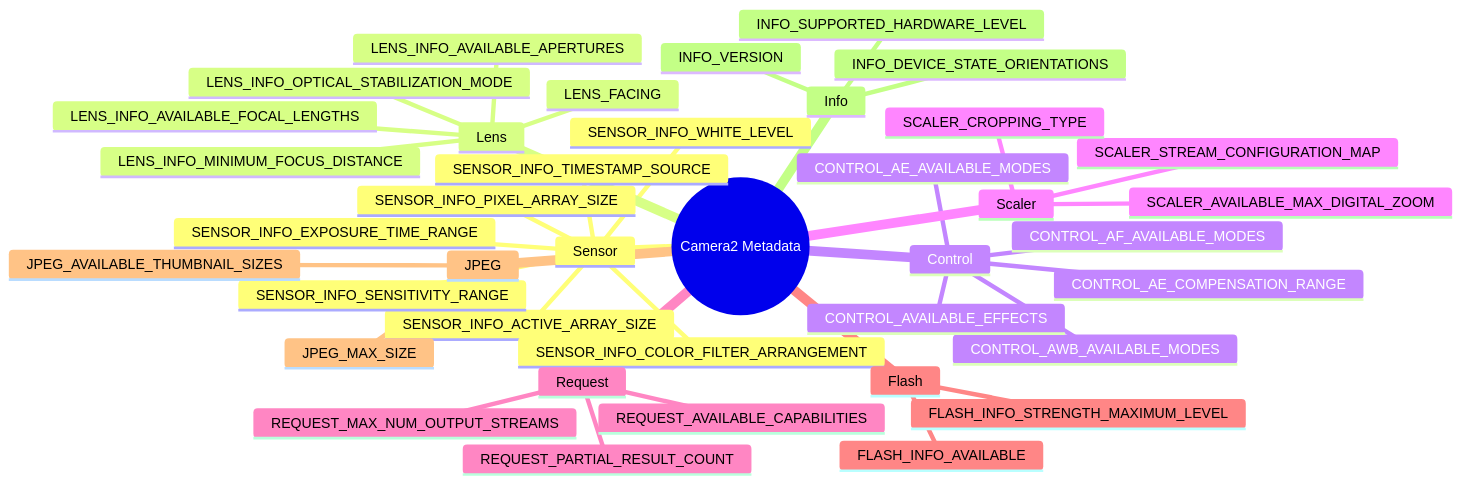
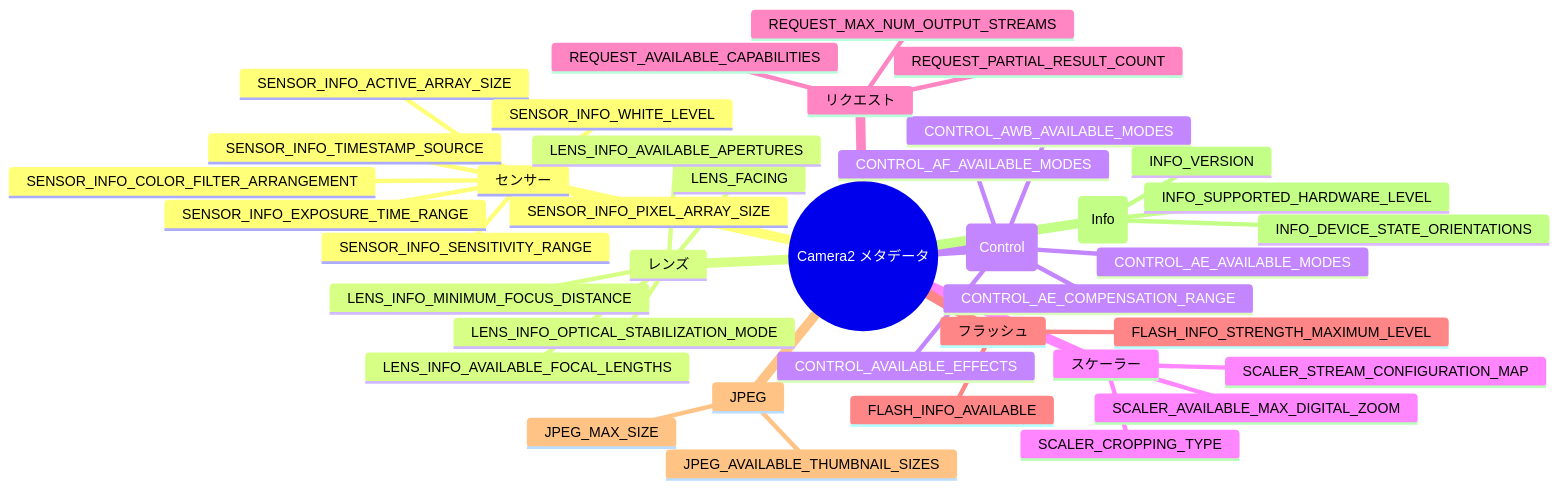
One commit to zoozooll/AndroidCameraParameters changed the diagram in website/i18n/ja/docusaurus-plugin-content-docs/current/camera2/camera-metadata-encyclopedia.md. Above: the diagram before and after it, drawn with Mermaid. The commit also changed other lines of this file and 378 other files, not shown here.

````diff
--- a/website/i18n/ja/docusaurus-plugin-content-docs/current/camera2/camera-metadata-encyclopedia.md
+++ b/website/i18n/ja/docusaurus-plugin-content-docs/current/camera2/camera-metadata-encyclopedia.md
@@ -26,42 +26,42 @@
 ```mermaid
 mindmap
-  root((Camera2 Metadata))
-    Sensor
+  root((Camera2 メタデータ))
+    センサー
       SENSOR_INFO_ACTIVE_ARRAY_SIZE
       SENSOR_INFO_PIXEL_ARRAY_SIZE
       SENSOR_INFO_SENSITIVITY_RANGE
       SENSOR_INFO_EXPOSURE_TIME_RANGE
       SENSOR_INFO_WHITE_LEVEL
       SENSOR_INFO_COLOR_FILTER_ARRANGEMENT
       SENSOR_INFO_TIMESTAMP_SOURCE
-    Lens
+    レンズ
       LENS_FACING
       LENS_INFO_AVAILABLE_FOCAL_LENGTHS
       LENS_INFO_MINIMUM_FOCUS_DISTANCE
       LENS_INFO_AVAILABLE_APERTURES
       LENS_INFO_OPTICAL_STABILIZATION_MODE
-    Control
+    制御 (Control)
       CONTROL_AE_AVAILABLE_MODES
       CONTROL_AF_AVAILABLE_MODES
       CONTROL_AWB_AVAILABLE_MODES
       CONTROL_AVAILABLE_EFFECTS
       CONTROL_AE_COMPENSATION_RANGE
-    Scaler
+    スケーラー
       SCALER_STREAM_CONFIGURATION_MAP
       SCALER_AVAILABLE_MAX_DIGITAL_ZOOM
       SCALER_CROPPING_TYPE
-    Request
+    リクエスト
       REQUEST_AVAILABLE_CAPABILITIES
       REQUEST_PARTIAL_RESULT_COUNT
       REQUEST_MAX_NUM_OUTPUT_STREAMS
-    Flash
+    フラッシュ
       FLASH_INFO_AVAILABLE
       FLASH_INFO_STRENGTH_MAXIMUM_LEVEL
     JPEG
       JPEG_AVAILABLE_THUMBNAIL_SIZES
       JPEG_MAX_SIZE
-    Info
+    情報 (Info)
       INFO_SUPPORTED_HARDWARE_LEVEL
       INFO_DEVICE_STATE_ORIENTATIONS
       INFO_VERSION
 ```
````
